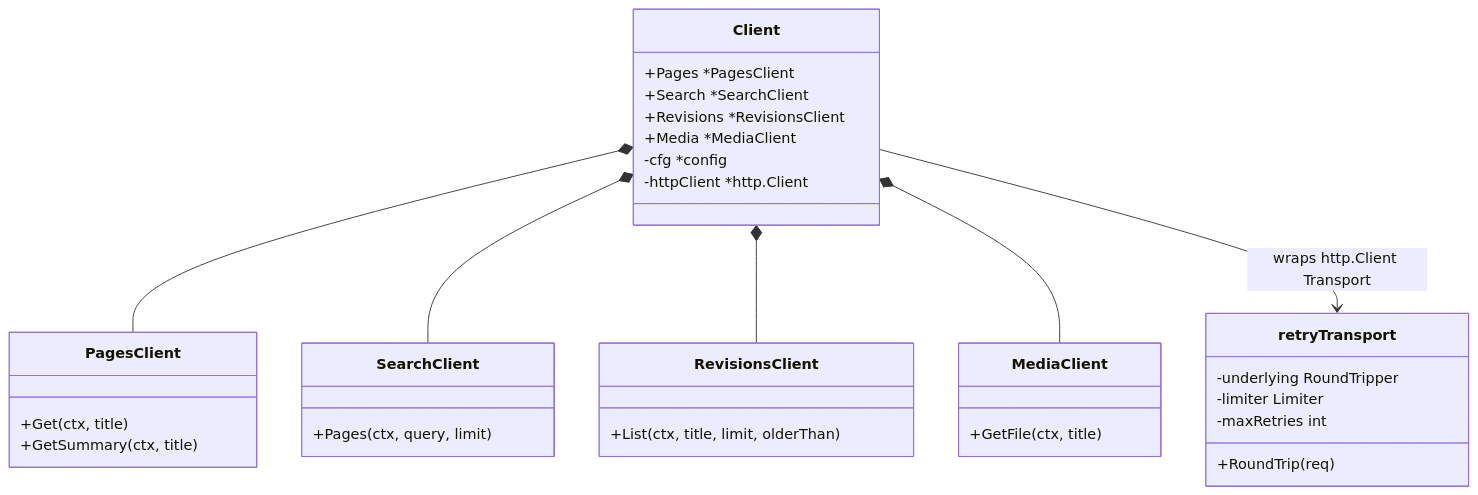
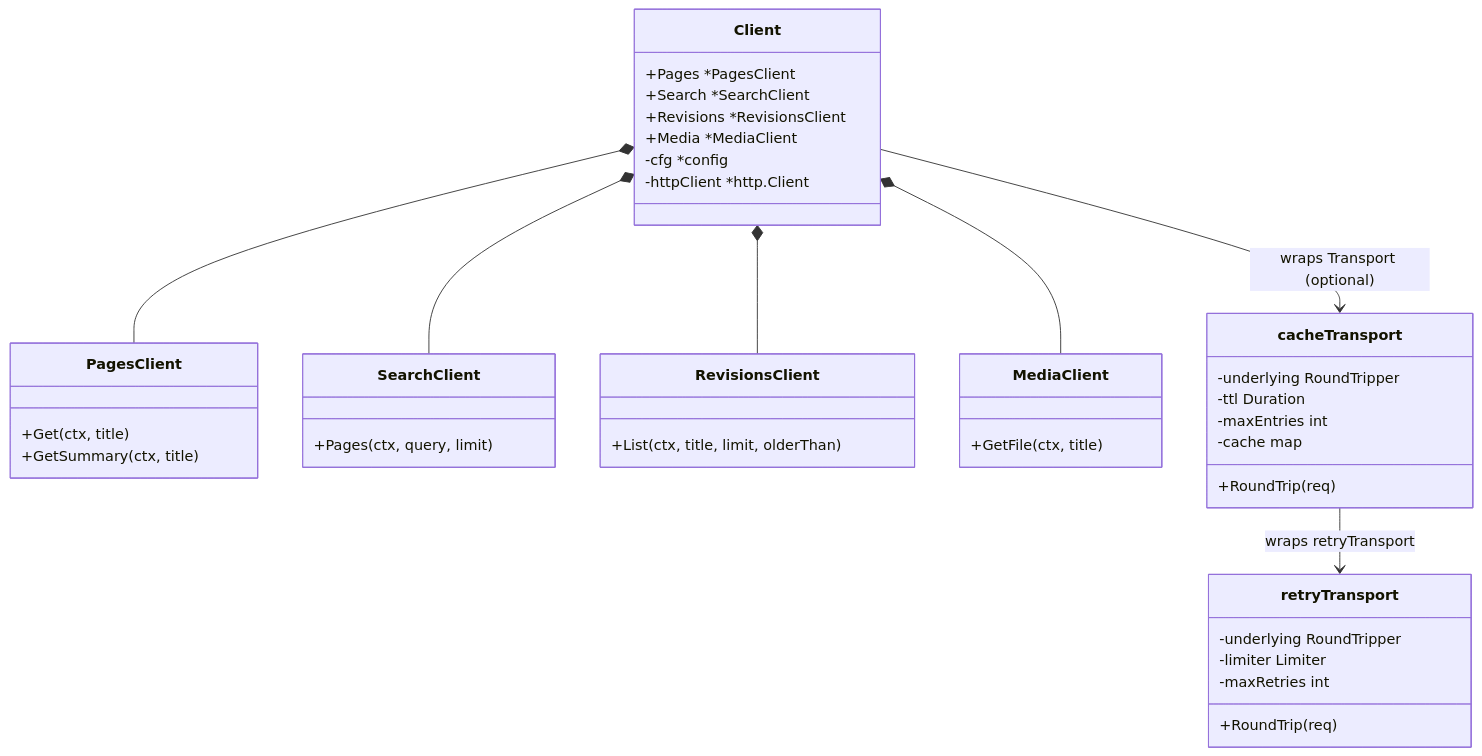
Before and after one commit to saluja-ji/wikigo: the first of 2 diagrams in detailed_documentation.md, drawn with Mermaid. The commit also changed other lines of this file and 5 other files, not shown here.

Commit message:
Implement in-memory cacheTransport and WithCache functional option

````diff
--- a/detailed_documentation.md
+++ b/detailed_documentation.md
@@ -13,36 +13,44 @@
 ```mermaid
 classDiagram
     class Client {
         +Pages *PagesClient
         +Search *SearchClient
         +Revisions *RevisionsClient
         +Media *MediaClient
         -cfg *config
         -httpClient *http.Client
     }
     class PagesClient {
         +Get(ctx, title)
         +GetSummary(ctx, title)
     }
     class SearchClient {
         +Pages(ctx, query, limit)
     }
     class RevisionsClient {
         +List(ctx, title, limit, olderThan)
     }
     class MediaClient {
         +GetFile(ctx, title)
     }
+    class cacheTransport {
+        -underlying RoundTripper
+        -ttl Duration
+        -maxEntries int
+        -cache map
+        +RoundTrip(req)
+    }
     class retryTransport {
         -underlying RoundTripper
         -limiter Limiter
         -maxRetries int
         +RoundTrip(req)
     }
 
     Client *-- PagesClient
     Client *-- SearchClient
     Client *-- RevisionsClient
     Client *-- MediaClient
-    Client --> retryTransport : wraps http.Client Transport
+    Client --> cacheTransport : wraps Transport (optional)
+    cacheTransport --> retryTransport : wraps retryTransport
 ```
````
